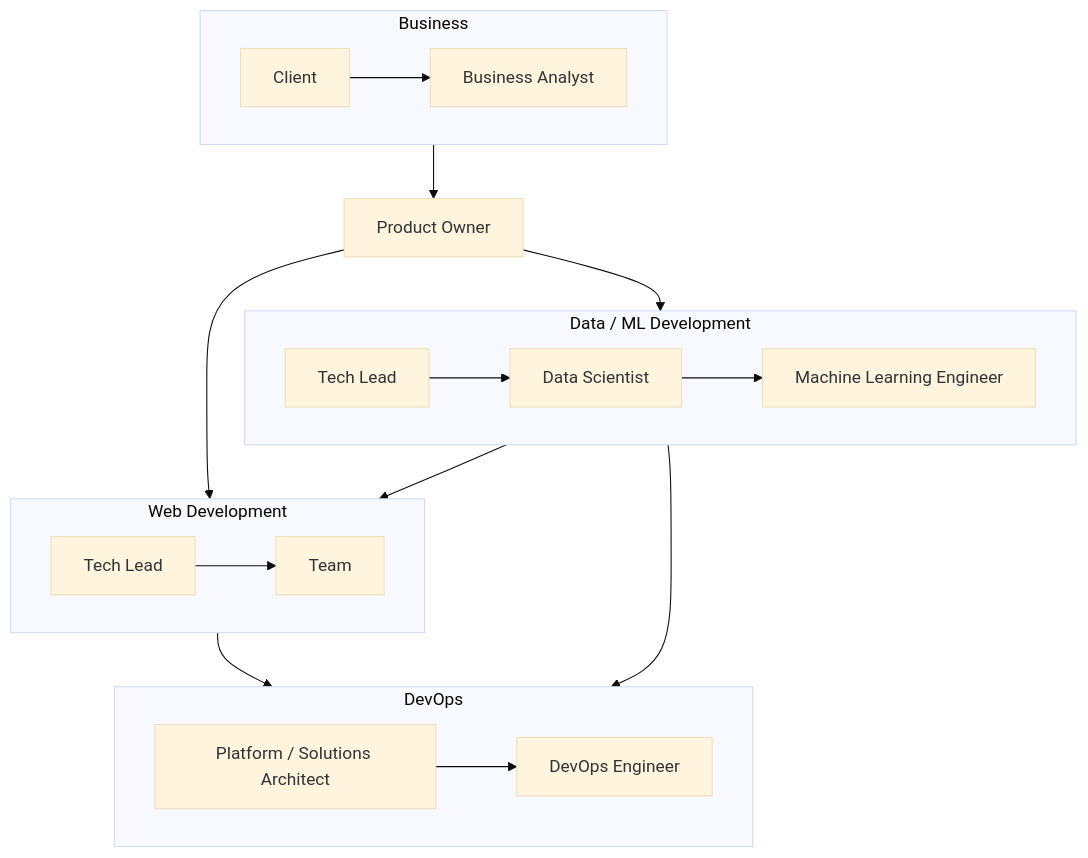
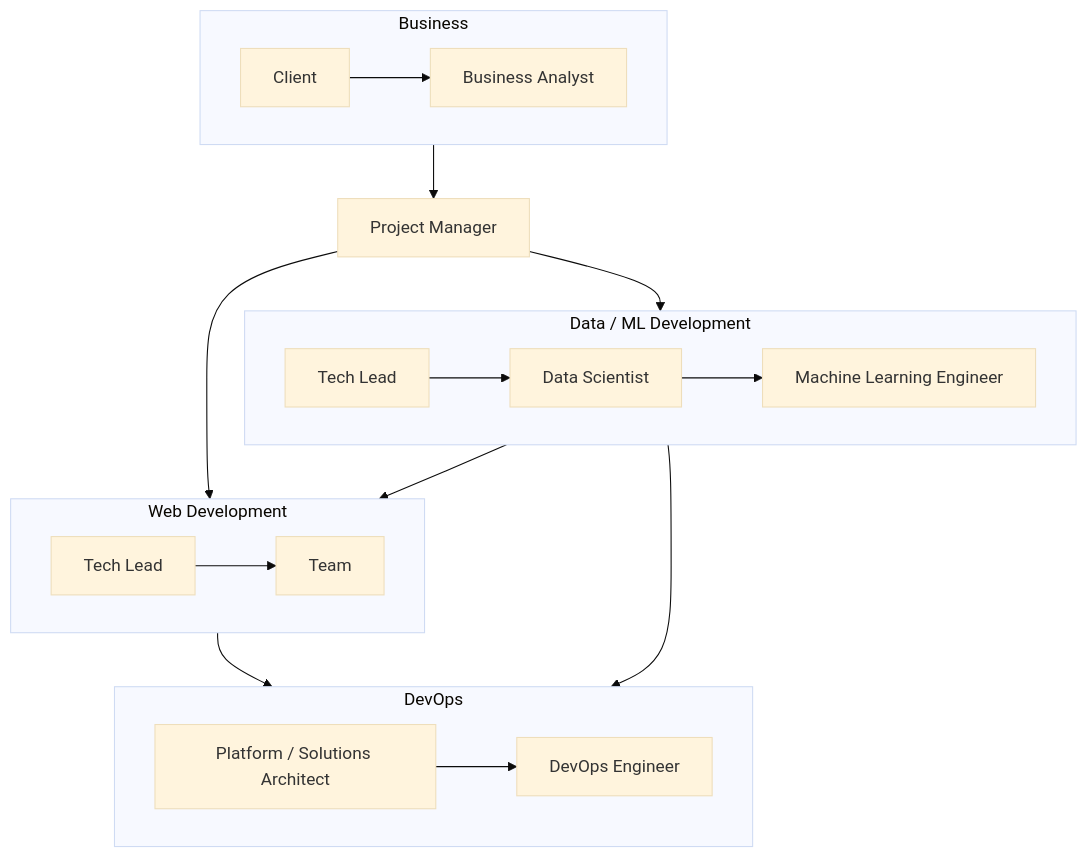
The diagram in content/posts/2024/collaboration-model-for-data-science-projects/images/diagram.mmd (kahnwong/karnwong.me), drawn with Mermaid (base theme) before and after one commit. The commit also changed 2 other files, not shown here.

```diff
--- a/content/posts/2024/collaboration-model-for-data-science-projects/images/diagram.mmd
+++ b/content/posts/2024/collaboration-model-for-data-science-projects/images/diagram.mmd
@@ -1,25 +1,25 @@
 graph TD;
     subgraph business[Business]
         direction LR
         client[Client] --> ba[Business Analyst]
     end
 
     subgraph web-dev[Web Development]
         direction LR
         tech-lead[Tech Lead] --> team[Team]
     end
 
     subgraph ds-dev[Data / ML Development]
         direction LR
         tech-lead2[Tech Lead] --> ds[Data Scientist] --> mle[Machine Learning Engineer]
     end
 
     subgraph devops[DevOps]
         direction LR
         pf-sa[Platform / Solutions Architect] --> devops-engineer[DevOps Engineer]
     end
 
-    business --> pm[Product Owner]
+    business --> pm[Project Manager]
     pm --> web-dev --> devops
     pm --> ds-dev --> devops
     ds-dev --> web-dev
```
